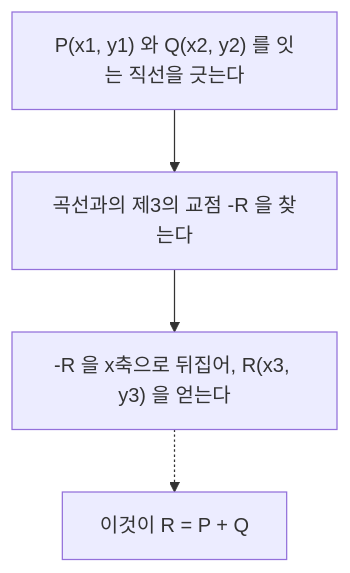
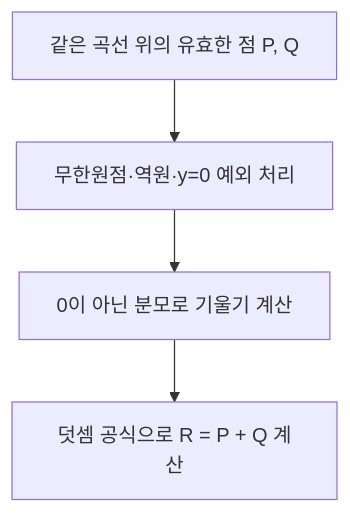
The first of 3 diagrams in content/post/楕円曲線暗号の数学的基礎とcppでの実装/index.ko.md (kenjinote/blog), drawn with Mermaid before and after one commit. The commit also changed other lines of this file and 6 other files, not shown here.

````diff
--- a/content/post/楕円曲線暗号の数学的基礎とcppでの実装/index.ko.md
+++ b/content/post/楕円曲線暗号の数学的基礎とcppでの実装/index.ko.md
@@ -113,6 +81,6 @@
 ```mermaid
 graph TD
-    Step1["P(x1, y1) 와 Q(x2, y2) 를 잇는 직선을 긋는다"] --> Step2["곡선과의 제3의 교점 -R 을 찾는다"]
-    Step2 --> Step3["-R 을 x축으로 뒤집어, R(x3, y3) 을 얻는다"]
-    Step3 -.-> Result["이것이 R = P + Q"]
+    A["같은 곡선 위의 유효한 점 P, Q"] --> B["무한원점·역원·y=0 예외 처리"]
+    B --> C["0이 아닌 분모로 기울기 계산"]
+    C --> D["덧셈 공식으로 R = P + Q 계산"]
 ```
````
